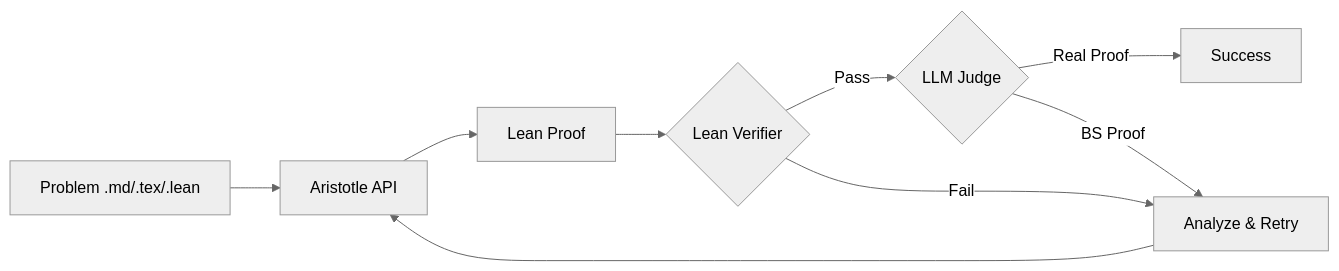
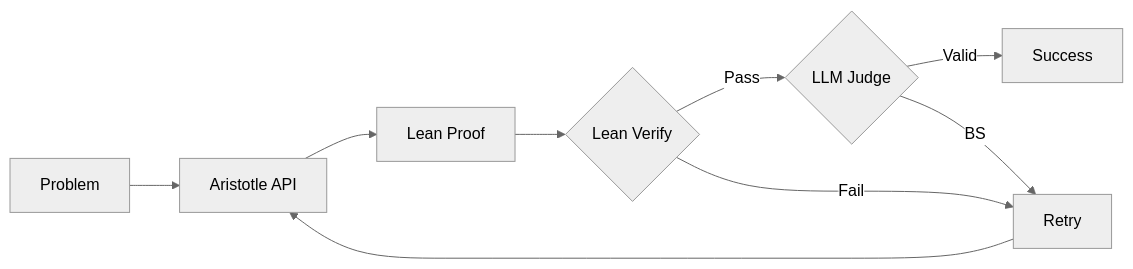
Before and after one commit to bour278/erdos: the diagram in README.md, drawn with Mermaid (neutral theme). The commit also changed other lines of this file and 9 other files, not shown here.

````diff
--- a/README.md
+++ b/README.md
@@ -55,11 +48,11 @@
 ```mermaid
 graph LR
-    A[Problem .md/.tex/.lean] --> B[Aristotle API]
+    A[Problem] --> B[Aristotle API]
     B --> C[Lean Proof]
-    C --> D{Lean Verifier}
+    C --> D{Lean Verify}
     D -->|Pass| E{LLM Judge}
-    D -->|Fail| F[Analyze & Retry]
-    E -->|Real Proof| G[Success]
-    E -->|BS Proof| F
+    D -->|Fail| F[Retry]
+    E -->|Valid| G[Success]
+    E -->|BS| F
     F --> B
 ```
````
